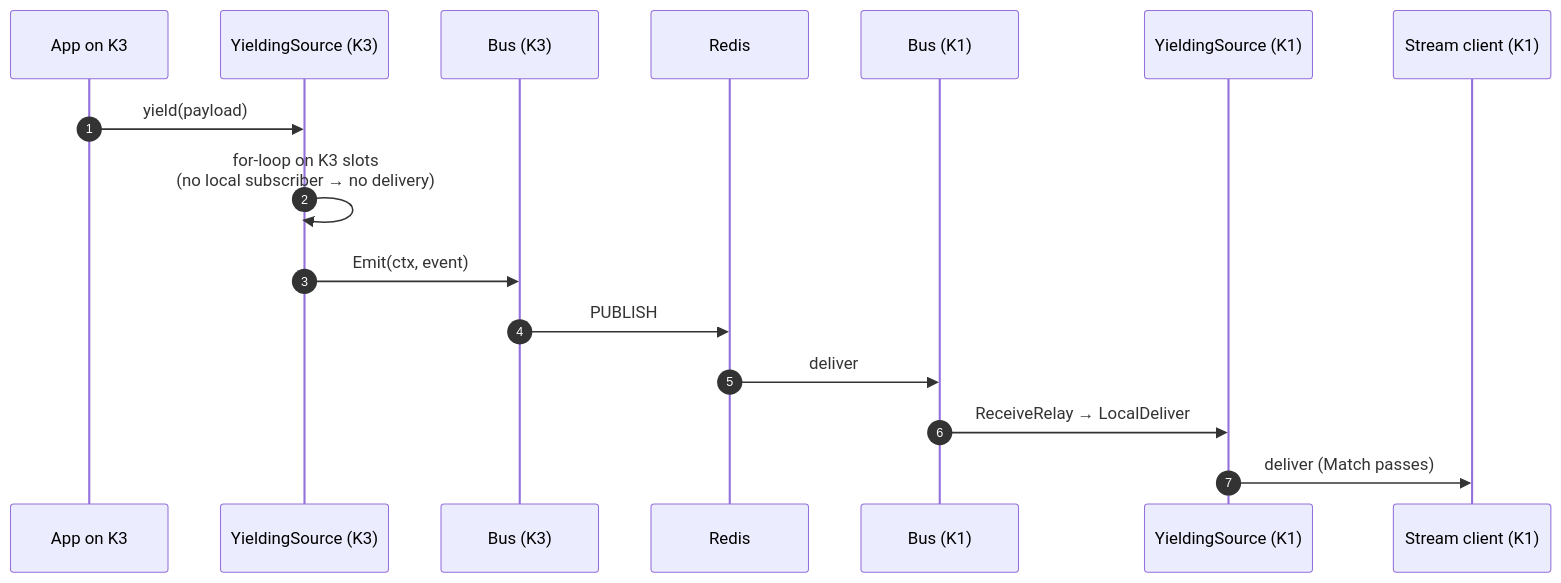
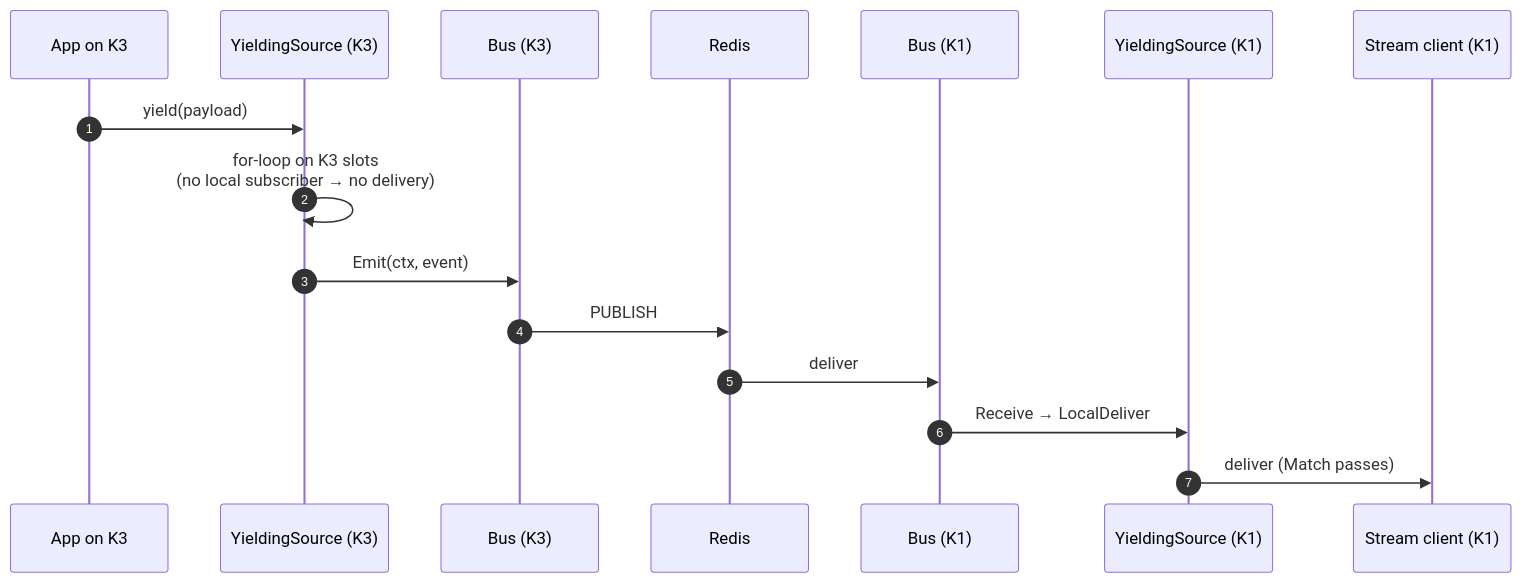
Diagram 18 of 22 in docs/MULTI_REPLICA.md (panyam/mcpkit), drawn with Mermaid before and after one commit. The commit also changed other lines of this file and 15 other files, not shown here.

````diff
--- a/docs/MULTI_REPLICA.md
+++ b/docs/MULTI_REPLICA.md
@@ -663,19 +663,19 @@
 ```mermaid
 sequenceDiagram
     autonumber
     participant App as App on K3
     participant Src3 as YieldingSource (K3)
     participant Bus3 as Bus (K3)
     participant Redis as Redis
     participant Bus1 as Bus (K1)
     participant Src1 as YieldingSource (K1)
     participant Cli1 as Stream client (K1)
 
     App->>Src3: yield(payload)
     Src3->>Src3: for-loop on K3 slots<br/>(no local subscriber → no delivery)
     Src3->>Bus3: Emit(ctx, event)
     Bus3->>Redis: PUBLISH
     Redis->>Bus1: deliver
-    Bus1->>Src1: ReceiveRelay → LocalDeliver
+    Bus1->>Src1: Receive → LocalDeliver
     Src1->>Cli1: deliver (Match passes)
 ```
````
